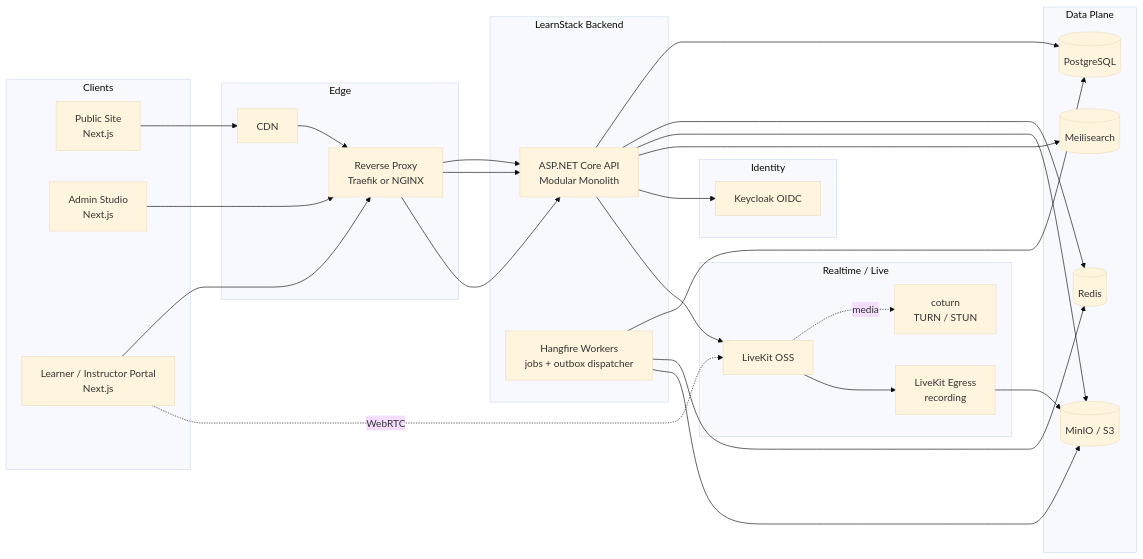
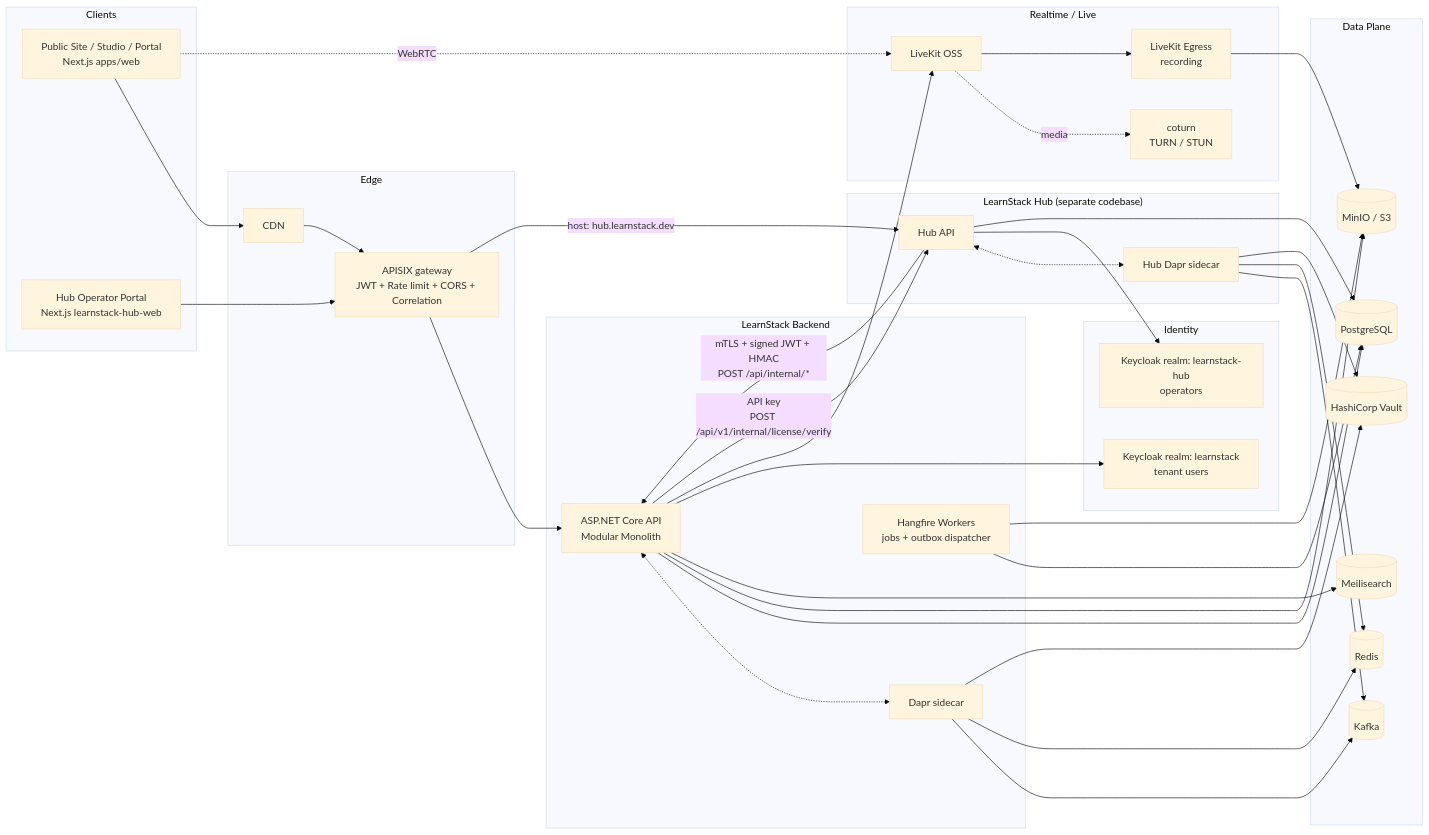
Before and after one commit to HodeTech/LearnStack: the first of 2 diagrams in docs/architecture/04-technical-architecture.md, drawn with Mermaid (base theme). The commit also changed other lines of this file and 77 other files, not shown here.

````diff
--- a/docs/architecture/04-technical-architecture.md
+++ b/docs/architecture/04-technical-architecture.md
@@ -24,52 +30,74 @@
 ```mermaid
 flowchart LR
   subgraph clients["Clients"]
-    web[Public Site<br/>Next.js]
-    studio[Admin Studio<br/>Next.js]
-    portal[Learner / Instructor Portal<br/>Next.js]
+    web[Public Site / Studio / Portal<br/>Next.js apps/web]
+    hubweb[Hub Operator Portal<br/>Next.js learnstack-hub-web]
   end
 
   subgraph edge["Edge"]
     cdn[CDN]
-    proxy[Reverse Proxy<br/>Traefik or NGINX]
+    apisix[APISIX gateway<br/>JWT + Rate limit + CORS + Correlation]
   end
 
   subgraph backend["LearnStack Backend"]
     api[ASP.NET Core API<br/>Modular Monolith]
+    daprd1[Dapr sidecar]
     workers[Hangfire Workers<br/>jobs + outbox dispatcher]
+  end
+
+  subgraph hubplane["LearnStack Hub (separate codebase)"]
+    hubapi[Hub API]
+    daprd2[Hub Dapr sidecar]
   end
 
   subgraph data["Data Plane"]
     pg[(PostgreSQL)]
     redis[(Redis)]
     minio[(MinIO / S3)]
     meili[(Meilisearch)]
+    kafka[(Kafka)]
+    vault[(HashiCorp Vault)]
   end
 
   subgraph realtime["Realtime / Live"]
     lk[LiveKit OSS]
     egress[LiveKit Egress<br/>recording]
     turn[coturn<br/>TURN / STUN]
   end
 
   subgraph identity["Identity"]
-    keycloak[Keycloak OIDC]
+    kc_main[Keycloak realm: learnstack<br/>tenant users]
+    kc_hub[Keycloak realm: learnstack-hub<br/>operators]
   end
 
-  web --> cdn --> proxy --> api
-  studio --> proxy --> api
-  portal --> proxy --> api
-  portal -. WebRTC .-> lk
+  web --> cdn --> apisix --> api
+  hubweb --> apisix
+  apisix -- "host: hub.learnstack.dev" --> hubapi
+  web -. WebRTC .-> lk
   lk -. media .-> turn
+
+  api <-.-> daprd1
+  daprd1 --> kafka
+  daprd1 --> redis
+  daprd1 --> vault
+
+  hubapi <-.-> daprd2
+  daprd2 --> kafka
+  daprd2 --> redis
+  daprd2 --> vault
+
   api --> pg
-  api --> redis
   api --> minio
   api --> meili
-  api --> keycloak
+  api --> kc_main
   api --> lk
   workers --> pg
-  workers --> redis
   workers --> minio
   egress --> minio
   lk --> egress
+
+  hubapi -- "mTLS + signed JWT + HMAC<br/>POST /api/internal/*" --> api
+  api -- "API key<br/>POST /api/v1/internal/license/verify" --> hubapi
+  hubapi --> kc_hub
+  hubapi --> pg
 ```
````
